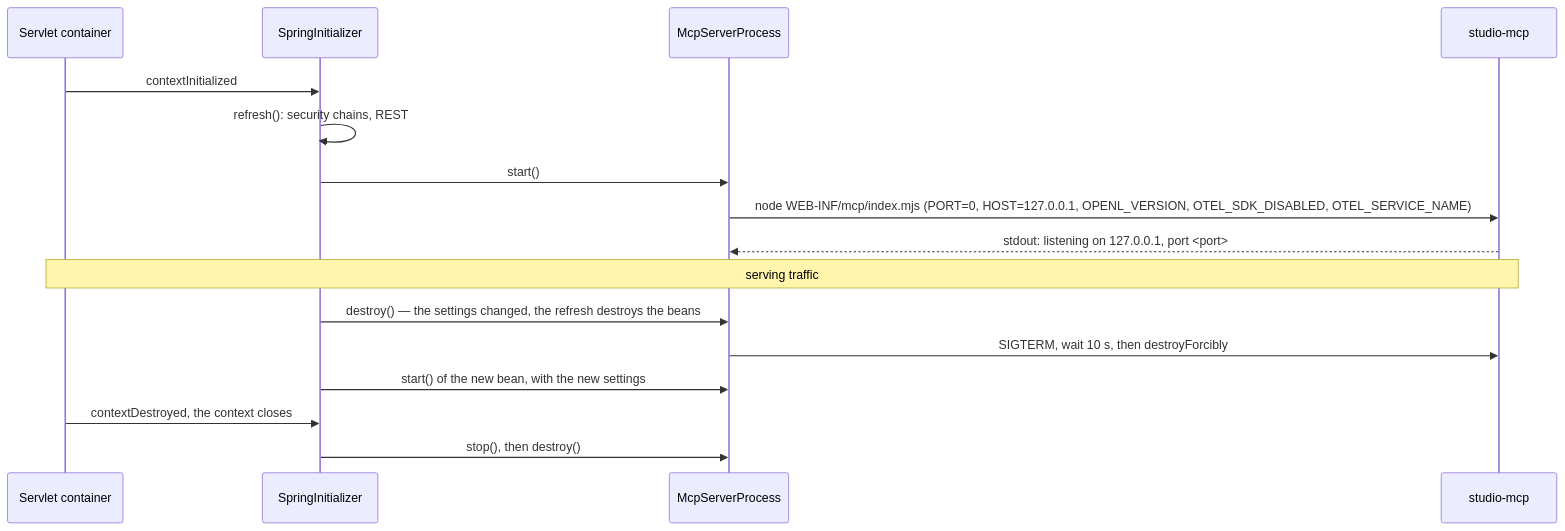
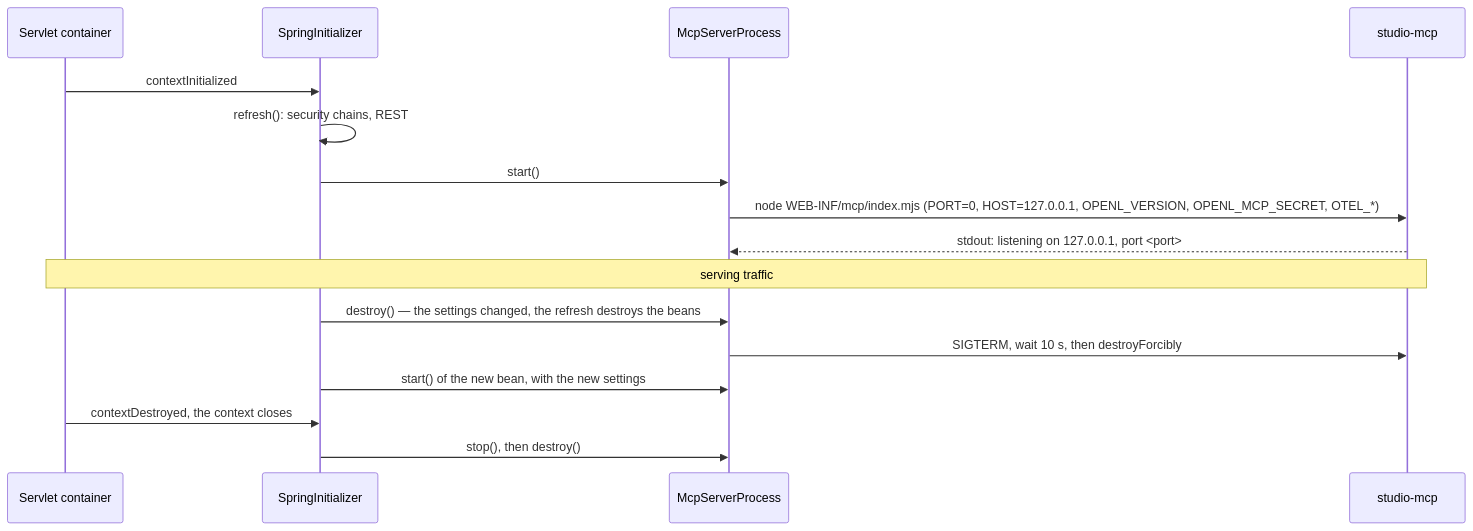
The third of 3 diagrams in Docs/architecture/mcp-server.md (openl-tablets/openl-tablets), drawn with Mermaid before and after one commit. The commit also changed other lines of this file and 17 other files, not shown here.

````diff
--- a/Docs/architecture/mcp-server.md
+++ b/Docs/architecture/mcp-server.md
@@ -190,18 +199,18 @@
 ```mermaid
 sequenceDiagram
     participant J as Servlet container
     participant S as SpringInitializer
     participant L as McpServerProcess
     participant N as studio-mcp
     J->>S: contextInitialized
     S->>S: refresh(): security chains, REST
     S->>L: start()
-    L->>N: node WEB-INF/mcp/index.mjs (PORT=0, HOST=127.0.0.1, OPENL_VERSION, OTEL_SDK_DISABLED, OTEL_SERVICE_NAME)
+    L->>N: node WEB-INF/mcp/index.mjs (PORT=0, HOST=127.0.0.1, OPENL_VERSION, OPENL_MCP_SECRET, OTEL_*)
     N-->>L: stdout: listening on 127.0.0.1, port <port>
     Note over J,N: serving traffic
     S->>L: destroy() — the settings changed, the refresh destroys the beans
     L->>N: SIGTERM, wait 10 s, then destroyForcibly
     S->>L: start() of the new bean, with the new settings
     J->>S: contextDestroyed, the context closes
     S->>L: stop(), then destroy()
 ```
````
